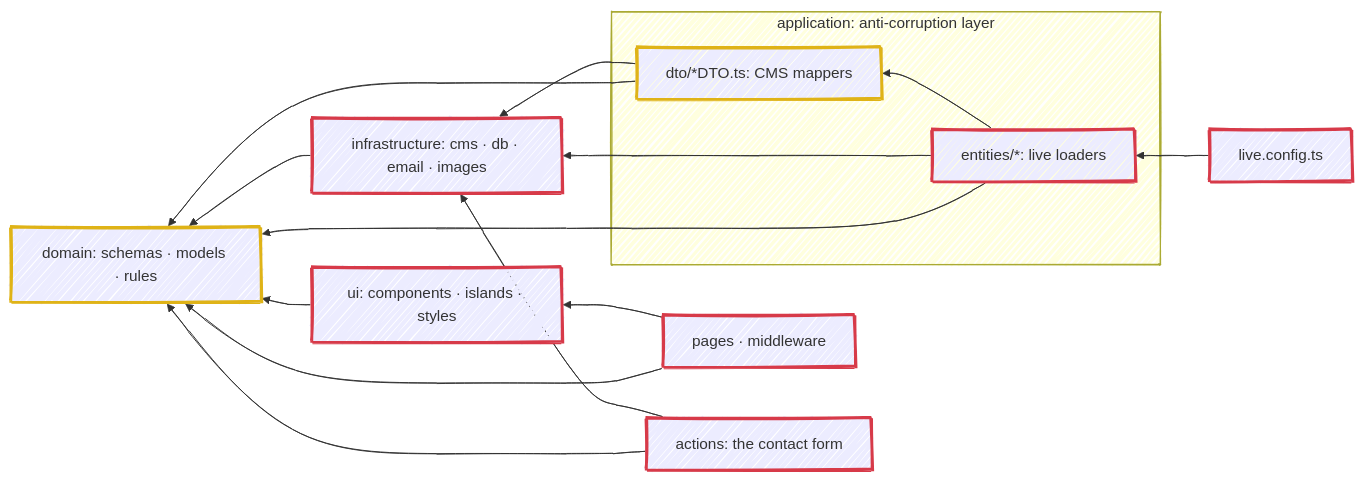
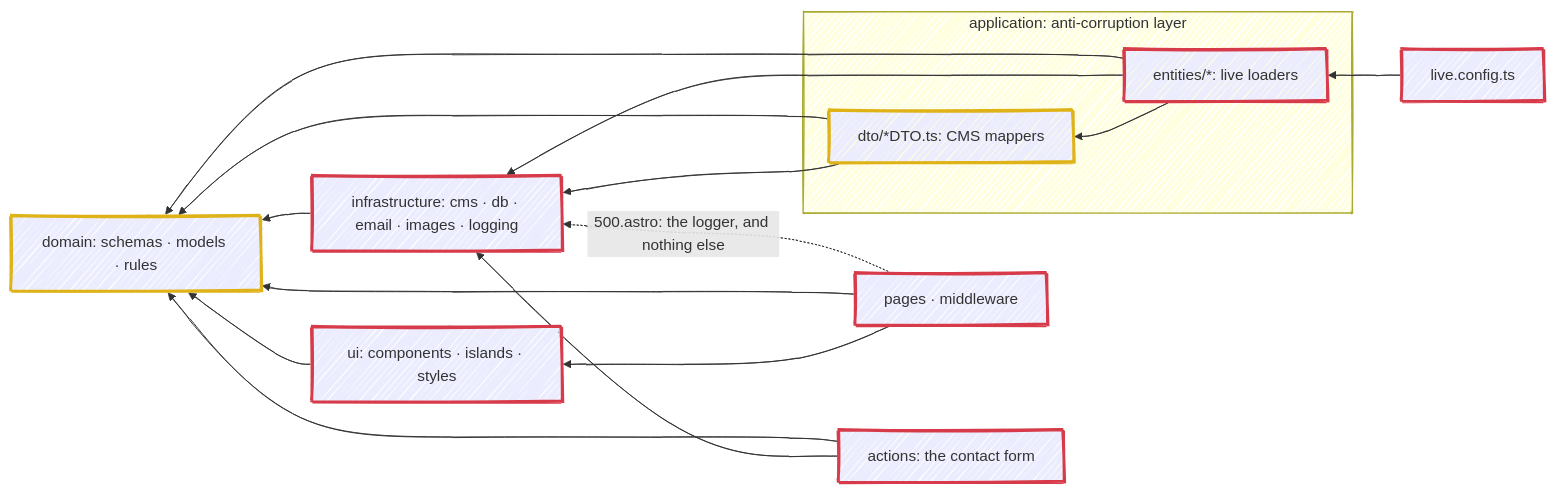
One commit to fbuireu/biancafiore changed the diagram in docs/adr/0012-pragmatic-ddd-domain-layer-anti-corruption-layer.md. Above: the diagram before and after it, drawn with Mermaid. The commit also changed other lines of this file and 3 other files, not shown here.

First line of the commit message:
docs(architecture): draw 500.astro's logger import as the one layering exception

````diff
--- a/docs/adr/0012-pragmatic-ddd-domain-layer-anti-corruption-layer.md
+++ b/docs/adr/0012-pragmatic-ddd-domain-layer-anti-corruption-layer.md
@@ -42,29 +42,30 @@
 ```mermaid
 ---
 config:
   look: handDrawn
   layout: dagre
 ---
 flowchart RL
     subgraph application["application: anti-corruption layer"]
         loaders["entities/*: live loaders"]
         dto["dto/*DTO.ts: CMS mappers"]
     end
     pages["pages · middleware"] --> ui["ui: components · islands · styles"]
     pages --> domain["domain: schemas · models · rules"]
     ui --> domain
-    actions["actions: the contact form"] --> infrastructure["infrastructure: cms · db · email · images"]
+    actions["actions: the contact form"] --> infrastructure["infrastructure: cms · db · email · images · logging"]
     actions --> domain
+    pages -. "500.astro: the logger, and nothing else" .-> infrastructure
     config["live.config.ts"] --> loaders
     loaders --> dto
     loaders --> infrastructure
     loaders --> domain
     dto --> infrastructure
     dto --> domain
     infrastructure --> domain
 
     classDef pure stroke:#dfb317,stroke-width:3px
     classDef shell stroke:#d73a49,stroke-width:3px
     class domain,dto pure
     class infrastructure,loaders,actions,pages,ui,config shell
 ```
````
